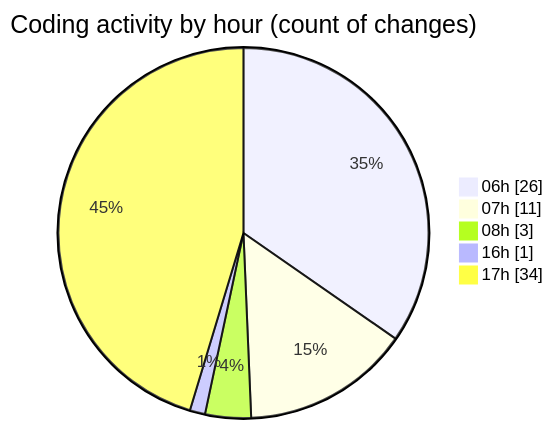
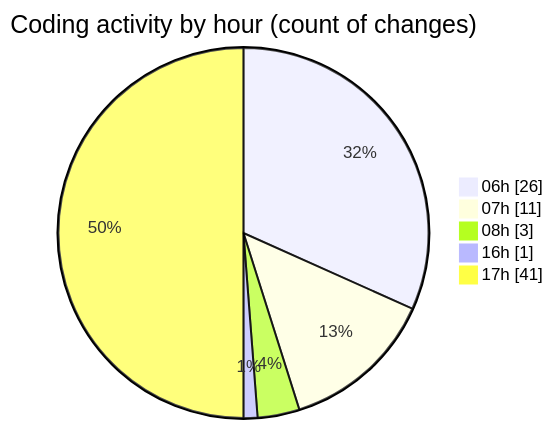
One commit to robertbonfada/code-tracking changed the second of 2 diagrams in 2025-01-30/mbc-web/README.md. Above: the diagram before and after it, drawn with Mermaid. The commit also changed other lines of this file and 1 other file, not shown here.

````diff
--- a/2025-01-30/mbc-web/README.md
+++ b/2025-01-30/mbc-web/README.md
@@ -39,9 +39,9 @@
 ```mermaid
 pie showData
 title Coding activity by hour (count of changes)
 "06h" : 26
 "07h" : 11
 "08h" : 3
 "16h" : 1
-"17h" : 34
+"17h" : 41
 ```
````
